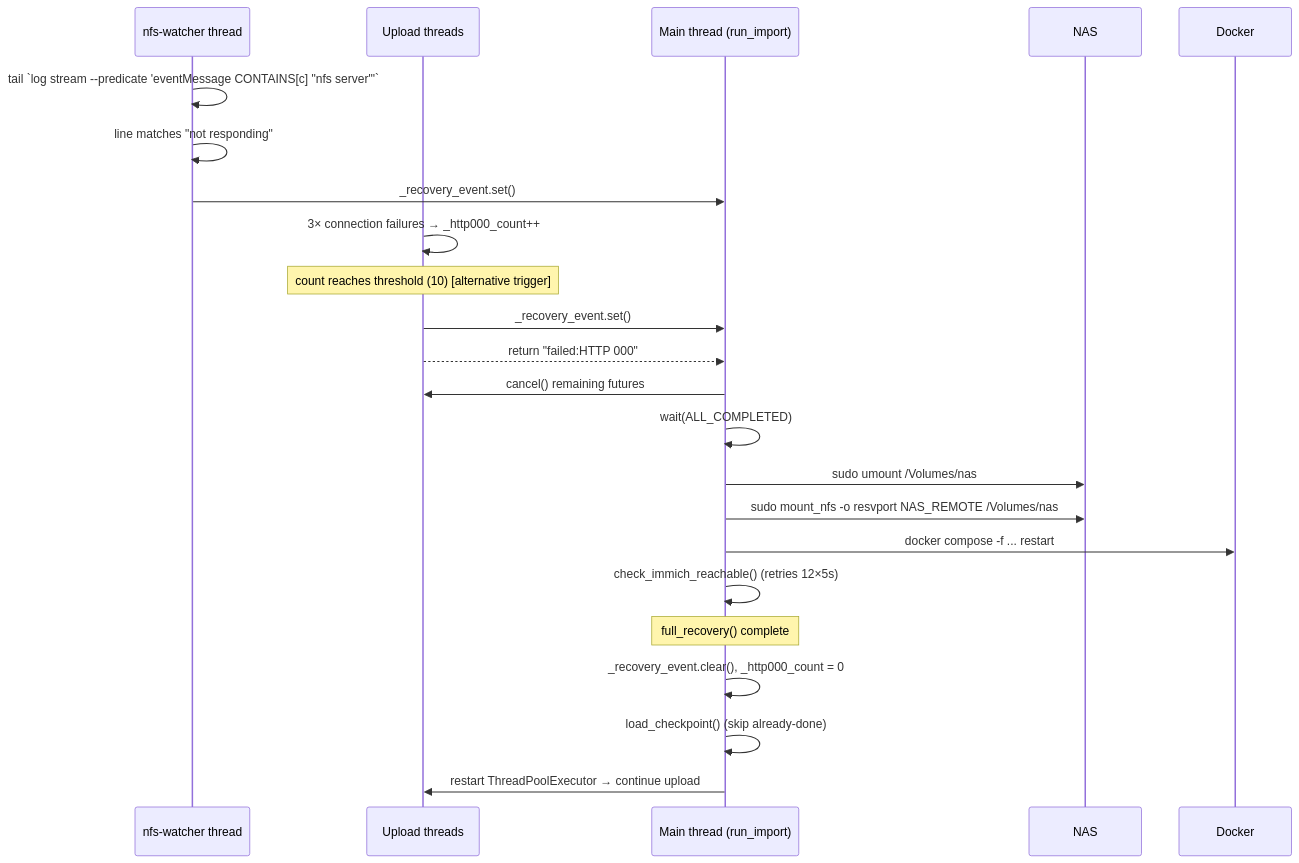
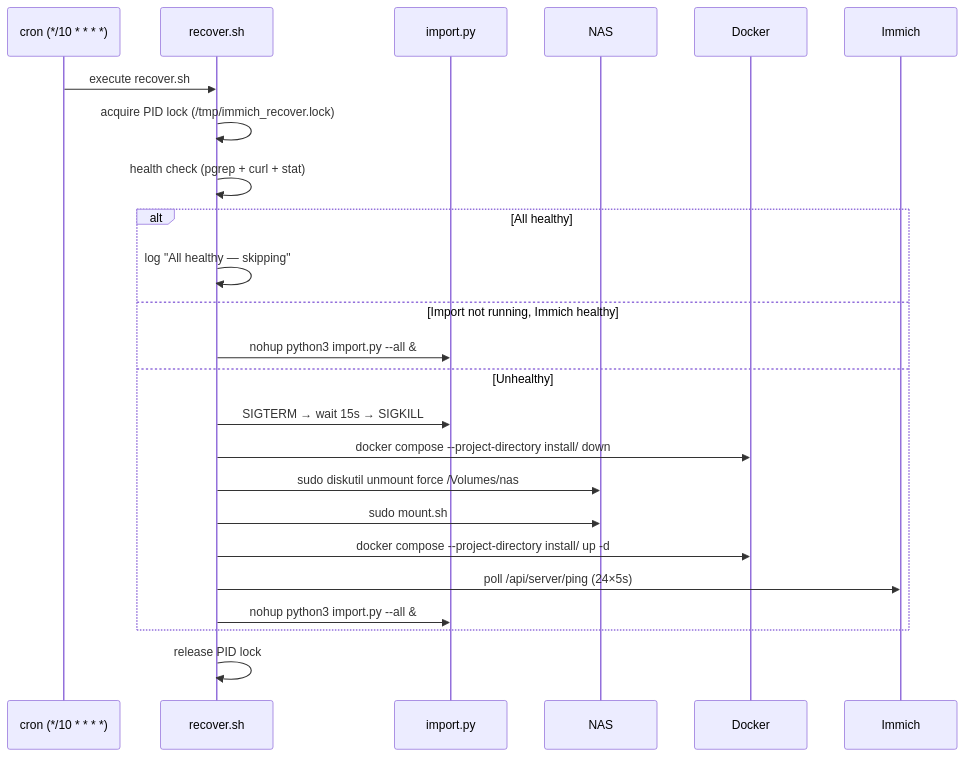
Before and after one commit to raducojocari/immich-test: the third of 3 diagrams in ARCHITECTURE.md, drawn with Mermaid. The commit also changed other lines of this file and 7 other files, not shown here.

````diff
--- a/ARCHITECTURE.md
+++ b/ARCHITECTURE.md
@@ -278,29 +290,29 @@
 ```mermaid
 sequenceDiagram
-    participant Watcher as nfs-watcher thread
-    participant Threads as Upload threads
-    participant Main as Main thread (run_import)
+    participant Cron as cron (*/10 * * * *)
+    participant Recover as recover.sh
+    participant Import as import.py
     participant NAS
     participant Docker
+    participant Immich
 
-    Watcher->>Watcher: tail `log stream --predicate 'eventMessage CONTAINS[c] "nfs server"'`
-    Watcher->>Watcher: line matches "not responding"
-    Watcher->>Main: _recovery_event.set()
+    Cron->>Recover: execute recover.sh
+    Recover->>Recover: acquire PID lock (/tmp/immich_recover.lock)
+    Recover->>Recover: health check (pgrep + curl + stat)
 
-    Threads->>Threads: 3× connection failures → _http000_count++
-    Note over Threads: count reaches threshold (10) [alternative trigger]
-    Threads->>Main: _recovery_event.set()
-    Threads-->>Main: return "failed:HTTP 000"
-    Main->>Threads: cancel() remaining futures
-    Main->>Main: wait(ALL_COMPLETED)
+    alt All healthy
+        Recover->>Recover: log "All healthy — skipping"
+    else Import not running, Immich healthy
+        Recover->>Import: nohup python3 import.py --all &
+    else Unhealthy
+        Recover->>Import: SIGTERM → wait 15s → SIGKILL
+        Recover->>Docker: docker compose --project-directory install/ down
+        Recover->>NAS: sudo diskutil unmount force /Volumes/nas
+        Recover->>NAS: sudo mount.sh
+        Recover->>Docker: docker compose --project-directory install/ up -d
+        Recover->>Immich: poll /api/server/ping (24×5s)
+        Recover->>Import: nohup python3 import.py --all &
+    end
 
-    Main->>NAS: sudo umount /Volumes/nas
-    Main->>NAS: sudo mount_nfs -o resvport NAS_REMOTE /Volumes/nas
-    Main->>Docker: docker compose -f ... restart
-    Main->>Main: check_immich_reachable() (retries 12×5s)
-
-    Note over Main: full_recovery() complete
-    Main->>Main: _recovery_event.clear(), _http000_count = 0
-    Main->>Main: load_checkpoint() (skip already-done)
-    Main->>Threads: restart ThreadPoolExecutor → continue upload
+    Recover->>Recover: release PID lock
 ```
````
